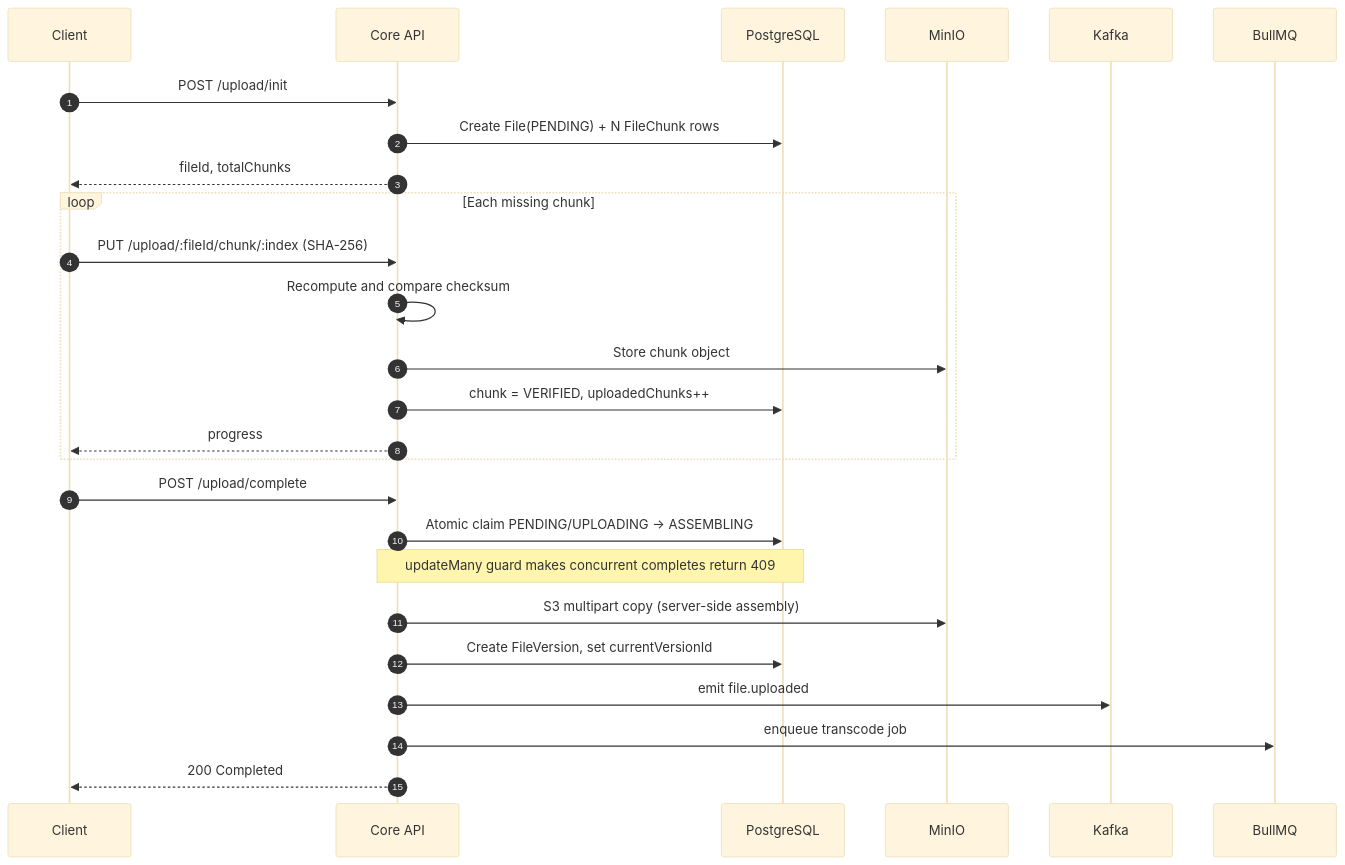
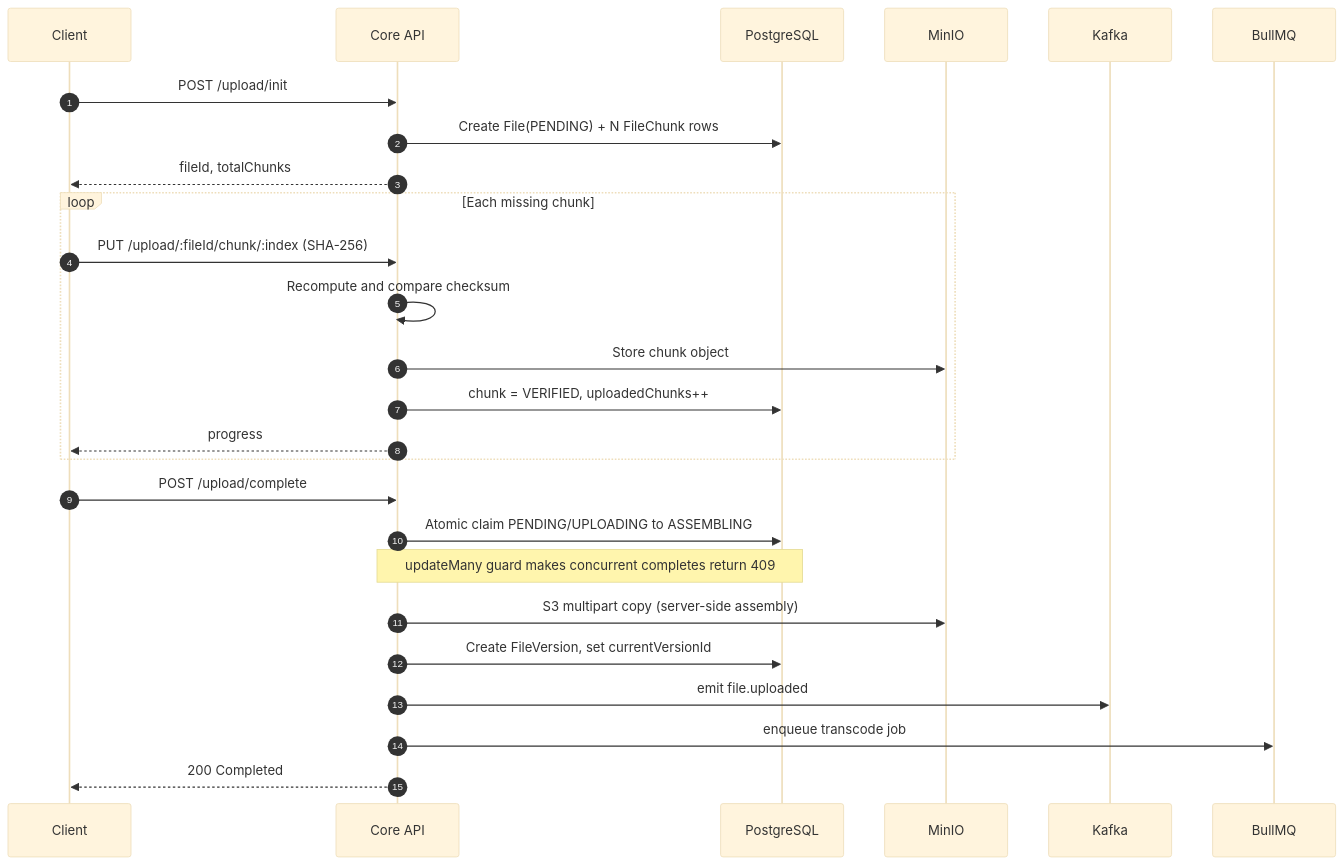
The second of 8 diagrams in README.md (SyncWithRaj/pravah), drawn with Mermaid (base theme) before and after one commit. The commit also changed other lines of this file and 5 other files, not shown here.

Commit message:
fix: update MinIO image to Chainguard, fix compose permissions, and fix Mermaid diagrams in README

````diff
--- a/README.md
+++ b/README.md
@@ -140,31 +140,31 @@
 ```mermaid
 sequenceDiagram
     autonumber
     participant C as Client
     participant Core as Core API
     participant PG as PostgreSQL
     participant MO as MinIO
     participant K as Kafka
     participant Q as BullMQ
 
     C->>Core: POST /upload/init
     Core->>PG: Create File(PENDING) + N FileChunk rows
     Core-->>C: fileId, totalChunks
 
     loop Each missing chunk
         C->>Core: PUT /upload/:fileId/chunk/:index (SHA-256)
         Core->>Core: Recompute and compare checksum
         Core->>MO: Store chunk object
         Core->>PG: chunk = VERIFIED, uploadedChunks++
         Core-->>C: progress
     end
 
     C->>Core: POST /upload/complete
-    Core->>PG: Atomic claim PENDING/UPLOADING → ASSEMBLING
+    Core->>PG: Atomic claim PENDING/UPLOADING to ASSEMBLING
     Note over Core,PG: updateMany guard makes concurrent completes return 409
     Core->>MO: S3 multipart copy (server-side assembly)
     Core->>PG: Create FileVersion, set currentVersionId
     Core->>K: emit file.uploaded
     Core->>Q: enqueue transcode job
     Core-->>C: 200 Completed
 ```
````
